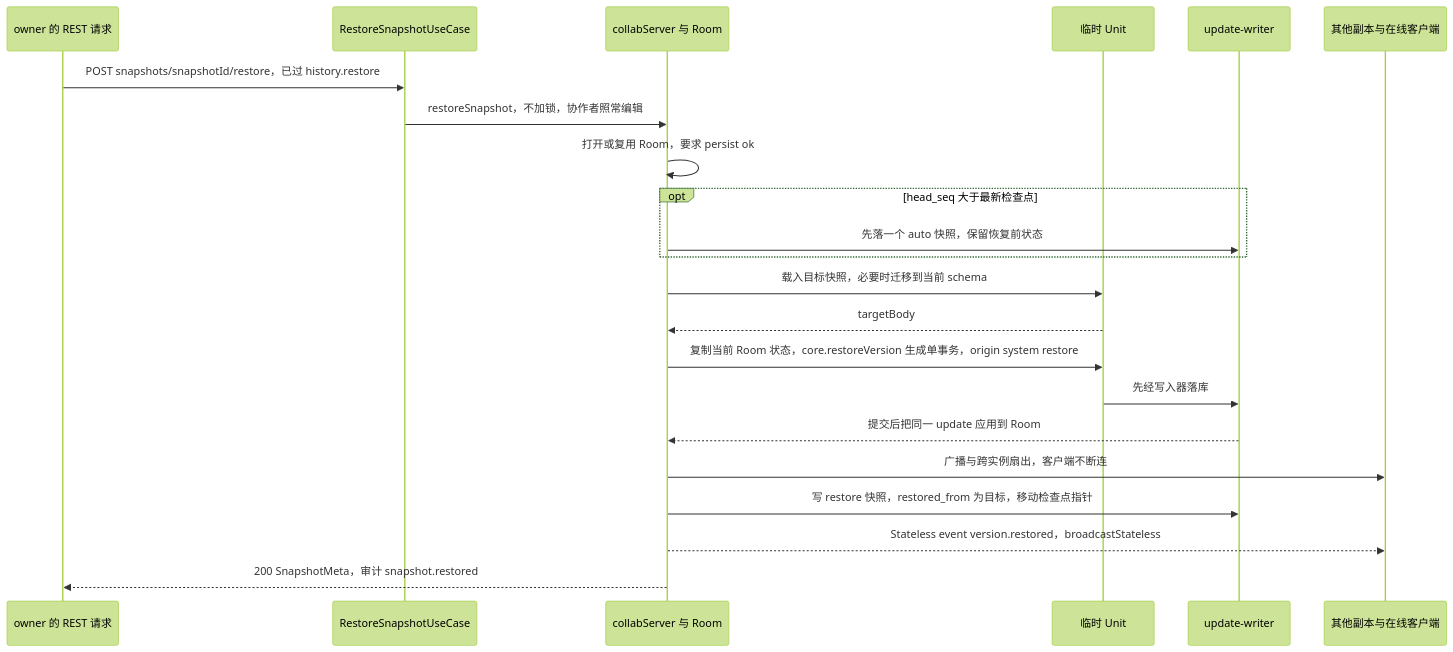
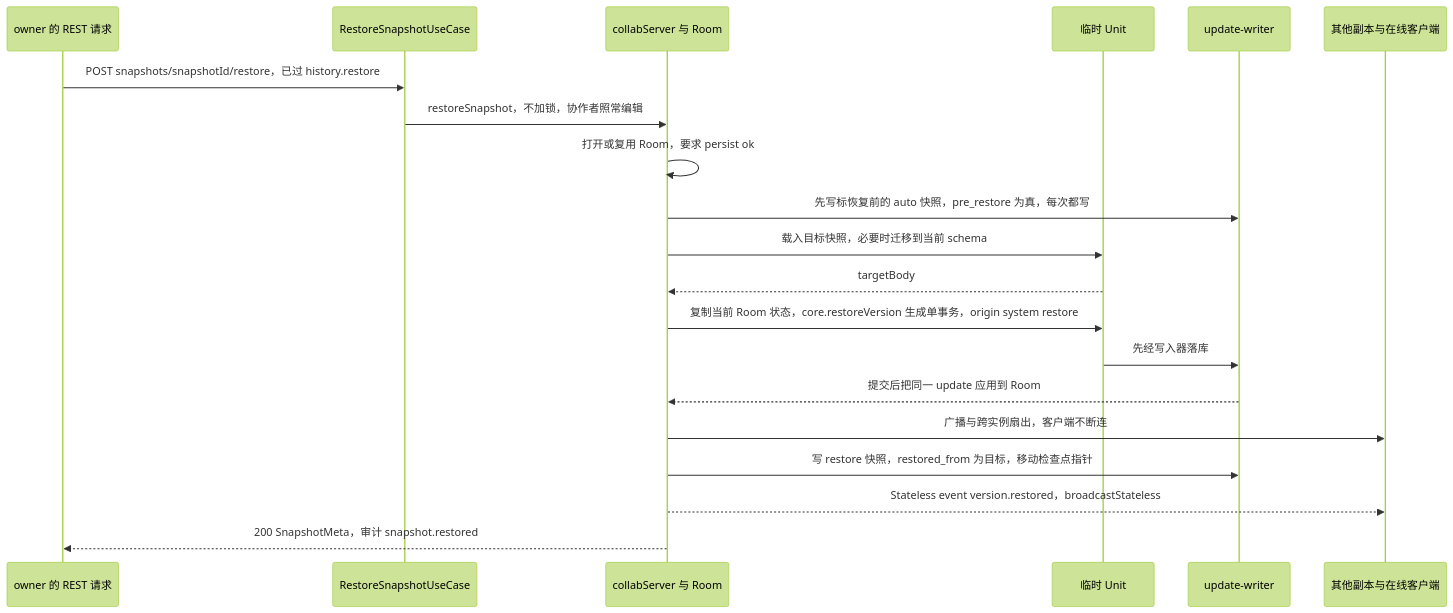
One commit to Xeonice/cordis-ppt-editor changed the ninth of 9 diagrams in docs/60-backend/05-modules-collab-and-snapshots.md. Above: the diagram before and after it, drawn with Mermaid (forest theme). The commit also changed other lines of this file and 19 other files, not shown here.

````diff
--- a/docs/60-backend/05-modules-collab-and-snapshots.md
+++ b/docs/60-backend/05-modules-collab-and-snapshots.md
@@ -638,24 +649,22 @@
 ```mermaid
 sequenceDiagram
   participant U as owner 的 REST 请求
   participant R as RestoreSnapshotUseCase
   participant X as collabServer 与 Room
   participant T as 临时 Unit
   participant W as update-writer
   participant F as 其他副本与在线客户端
   U->>R: POST snapshots/snapshotId/restore，已过 history.restore
   R->>X: restoreSnapshot，不加锁，协作者照常编辑
   X->>X: 打开或复用 Room，要求 persist ok
-  opt head_seq 大于最新检查点
-    X->>W: 先落一个 auto 快照，保留恢复前状态
-  end
+  X->>W: 先写标恢复前的 auto 快照，pre_restore 为真，每次都写
   X->>T: 载入目标快照，必要时迁移到当前 schema
   T-->>X: targetBody
   X->>T: 复制当前 Room 状态，core.restoreVersion 生成单事务，origin system restore
   T->>W: 先经写入器落库
   W-->>X: 提交后把同一 update 应用到 Room
   X->>F: 广播与跨实例扇出，客户端不断连
   X->>W: 写 restore 快照，restored_from 为目标，移动检查点指针
   X-->>F: Stateless event version.restored，broadcastStateless
   X-->>U: 200 SnapshotMeta，审计 snapshot.restored
 ```
````
